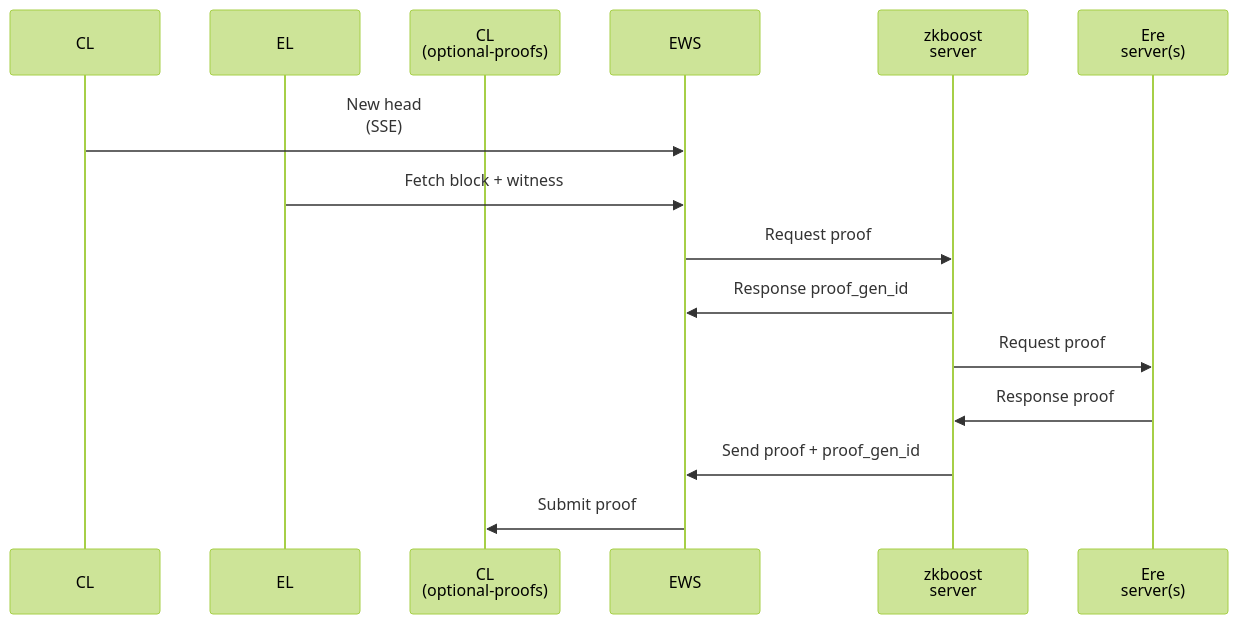
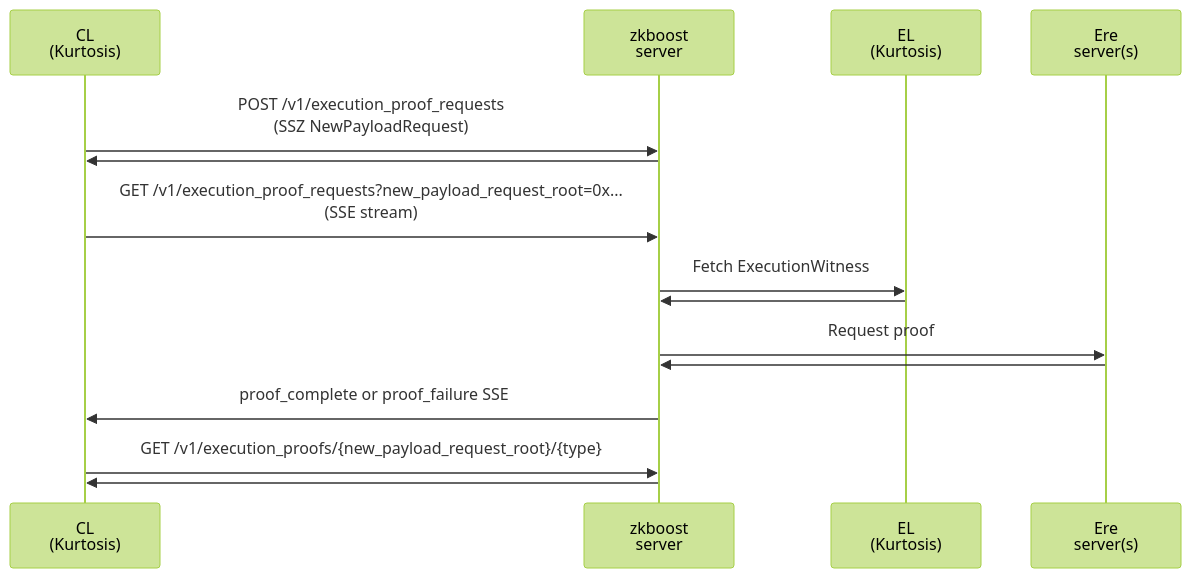
The diagram in docker/example/testnet/README.md (eth-act/zkboost), drawn with Mermaid (forest theme) before and after one commit. The commit also changed other lines of this file and 5 other files, not shown here.

````diff
--- a/docker/example/testnet/README.md
+++ b/docker/example/testnet/README.md
@@ -5,17 +5,17 @@
 ```mermaid
 sequenceDiagram
-    participant CL as CL
-    participant EL as EL
-    participant CLOptionalProofs as CL <br> (optional-proofs)
-    participant EWS as EWS
+    participant CL as CL <br> (Kurtosis)
     participant zkboost as zkboost <br> server
-    participant ere as Ere <br> server(s)
-    CL->>EWS: New head <br> (SSE)
-    EL->>EWS: Fetch block + witness
-    EWS->>zkboost: Request proof
-    zkboost->>EWS: Response proof_gen_id
-    zkboost->>ere: Request proof
-    ere->>zkboost: Response proof
-    zkboost->>EWS: Send proof + proof_gen_id
-    EWS->>CLOptionalProofs: Submit proof
+    participant EL as EL <br> (Kurtosis)
+    participant Ere as Ere <br> server(s)
+    CL->>zkboost: POST /v1/execution_proof_requests <br> (SSZ NewPayloadRequest)
+    zkboost->>CL:
+    CL->>zkboost: GET /v1/execution_proof_requests?new_payload_request_root=0x... <br> (SSE stream)
+    zkboost->>EL: Fetch ExecutionWitness
+    EL->>zkboost:
+    zkboost->>Ere: Request proof
+    Ere->>zkboost:
+    zkboost->>CL: proof_complete or proof_failure SSE
+    CL->>zkboost: GET /v1/execution_proofs/{new_payload_request_root}/{type}
+    zkboost->>CL:
 ```
````
